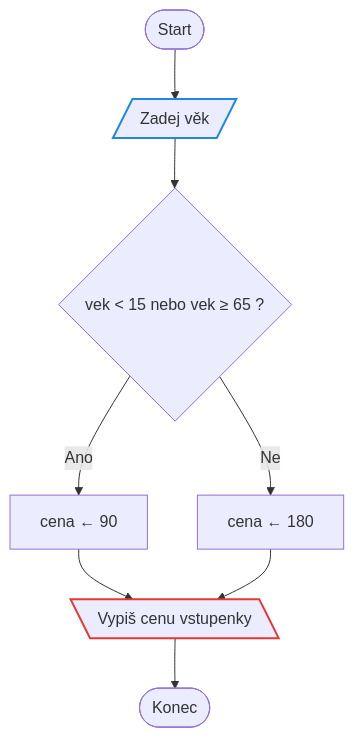
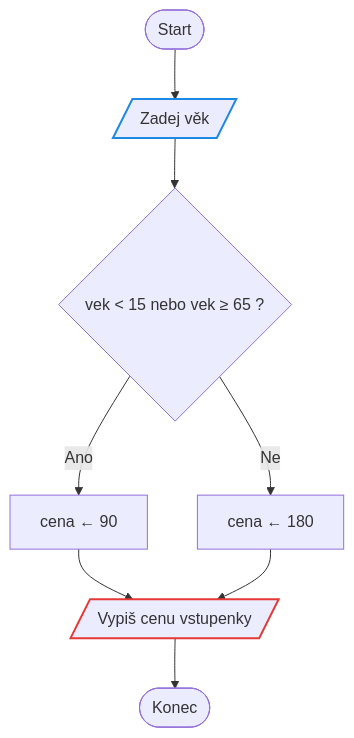
The tenth of 15 diagrams in 3Hodina/reseni.md (zeman-delta/Prvaci2026), drawn with Mermaid before and after one commit. The commit also changed other lines of this file and 1 other file, not shown here.

````diff
--- a/3Hodina/reseni.md
+++ b/3Hodina/reseni.md
@@ -233,15 +233,15 @@
 ```mermaid
 flowchart TD
     S([Start]) --> V[/"Zadej věk"/]
     V --> D{"vek < 15 nebo vek ≥ 65 ?"}
     D -->|Ano| A["cena ← 90"]
     D -->|Ne| B["cena ← 180"]
-    A --> O[\"Vypiš cenu vstupenky"\]
+    A --> O[/"Vypiš cenu vstupenky"/]
     B --> O
     O --> K([Konec])
 
     classDef vstup stroke:#1e88e5,stroke-width:2px
     classDef vystup stroke:#e53935,stroke-width:2px
     class V vstup
     class O vystup
 ```
````
